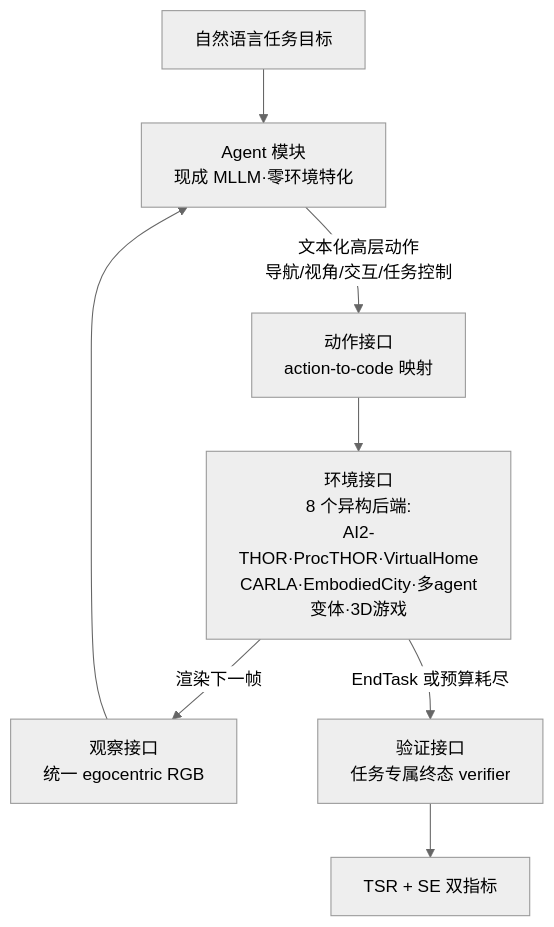
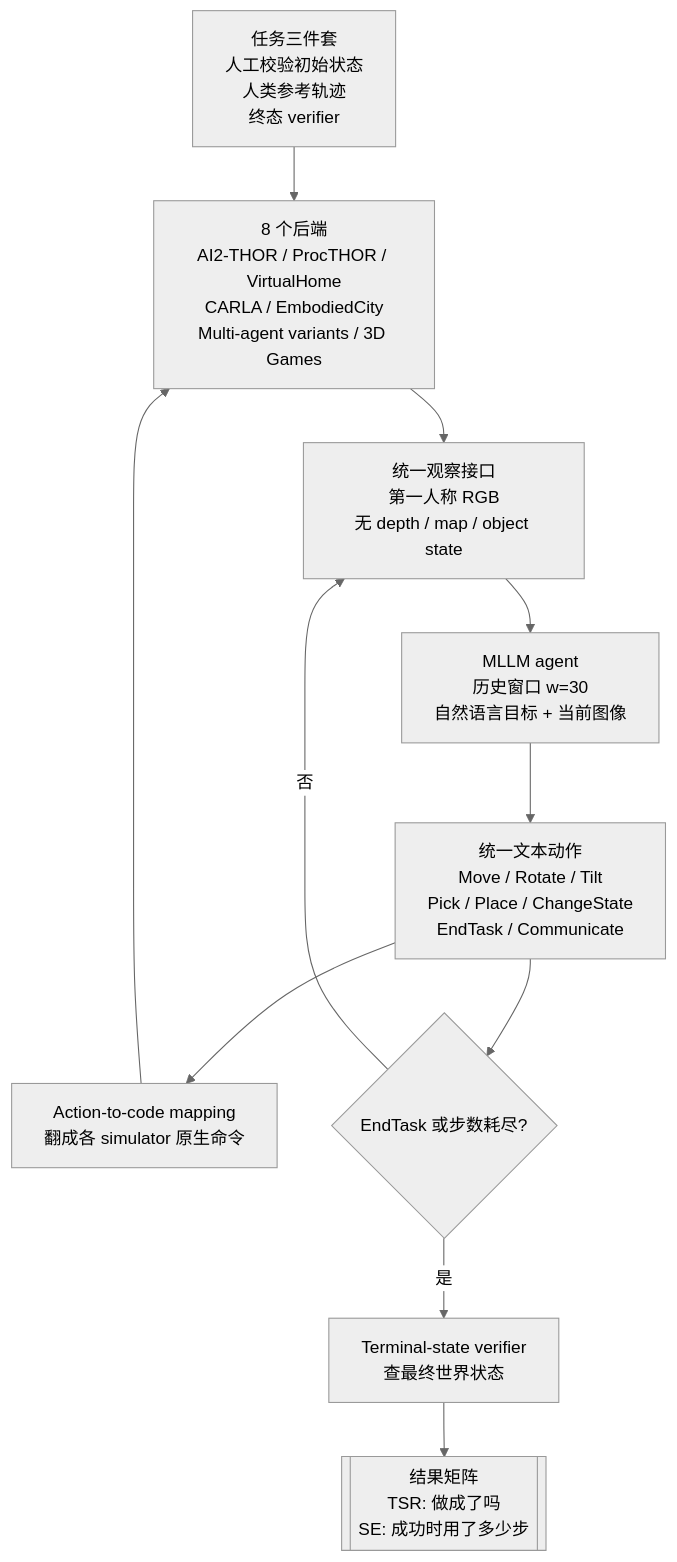
Before and after one commit to Solvement/ai-brief-v2: the diagram in content/papers/2606.09669-spatialworld-interactive-spatial-benchmark/paper.mdx, drawn with Mermaid (neutral theme). The commit also changed other lines of this file and 10 other files, not shown here.

````diff
--- a/content/papers/2606.09669-spatialworld-interactive-spatial-benchmark/paper.mdx
+++ b/content/papers/2606.09669-spatialworld-interactive-spatial-benchmark/paper.mdx
@@ -39,10 +50,13 @@
 ```mermaid
 flowchart TD
-  G[自然语言任务目标] --> AG[Agent 模块<br/>现成 MLLM·零环境特化]
-  O[观察接口<br/>统一 egocentric RGB] --> AG
-  AG -->|文本化高层动作<br/>导航/视角/交互/任务控制| AI[动作接口<br/>action-to-code 映射]
-  AI --> ENV[环境接口<br/>8 个异构后端:<br/>AI2-THOR·ProcTHOR·VirtualHome<br/>CARLA·EmbodiedCity·多agent变体·3D游戏]
-  ENV -->|渲染下一帧| O
-  ENV -->|EndTask 或预算耗尽| V[验证接口<br/>任务专属终态 verifier]
-  V --> M[TSR + SE 双指标]
+  T[任务三件套<br/>人工校验初始状态<br/>人类参考轨迹<br/>终态 verifier] --> E[8 个后端<br/>AI2-THOR / ProcTHOR / VirtualHome<br/>CARLA / EmbodiedCity<br/>Multi-agent variants / 3D Games]
+  E --> O[统一观察接口<br/>第一人称 RGB<br/>无 depth / map / object state]
+  O --> A[MLLM agent<br/>历史窗口 w=30<br/>自然语言目标 + 当前图像]
+  A --> U[统一文本动作<br/>Move / Rotate / Tilt<br/>Pick / Place / ChangeState<br/>EndTask / Communicate]
+  U --> M[Action-to-code mapping<br/>翻成各 simulator 原生命令]
+  M --> E
+  U --> X{EndTask 或步数耗尽?}
+  X -- 否 --> O
+  X -- 是 --> V[Terminal-state verifier<br/>查最终世界状态]
+  V --> R[[结果矩阵<br/>TSR: 做成了吗<br/>SE: 成功时用了多少步]]
 ```
````
